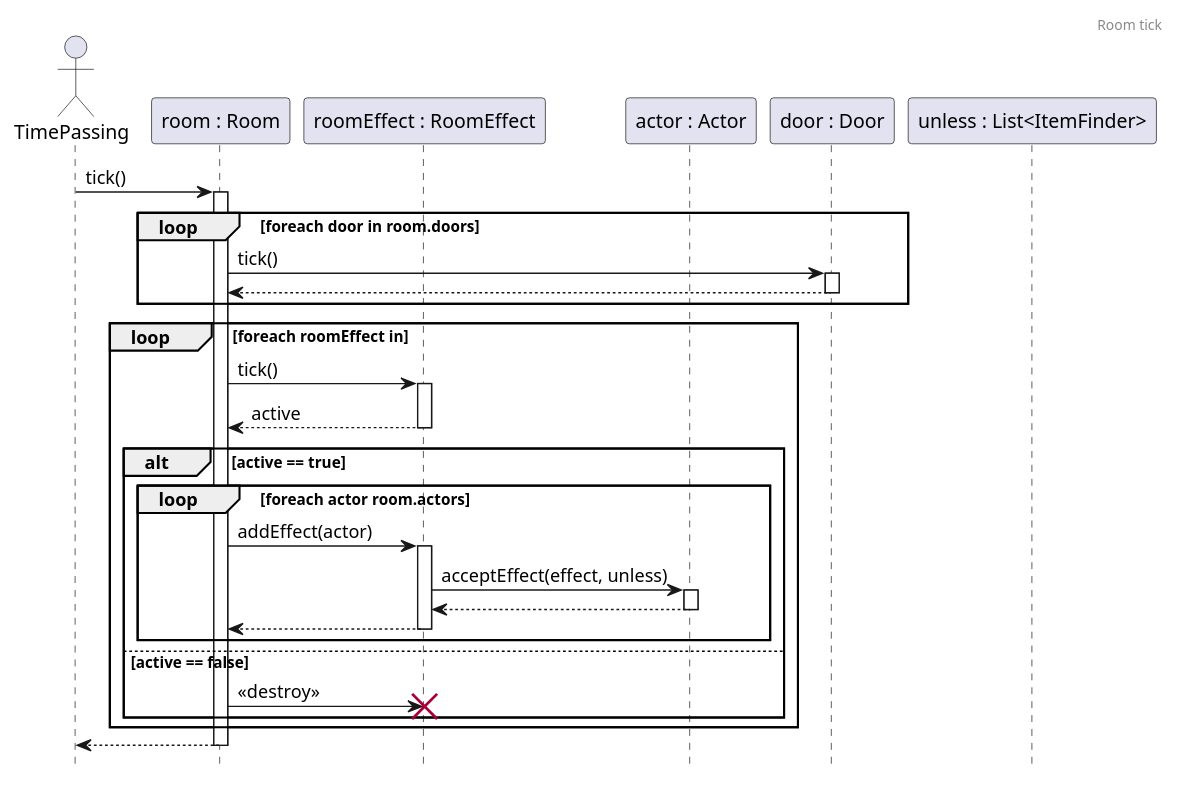
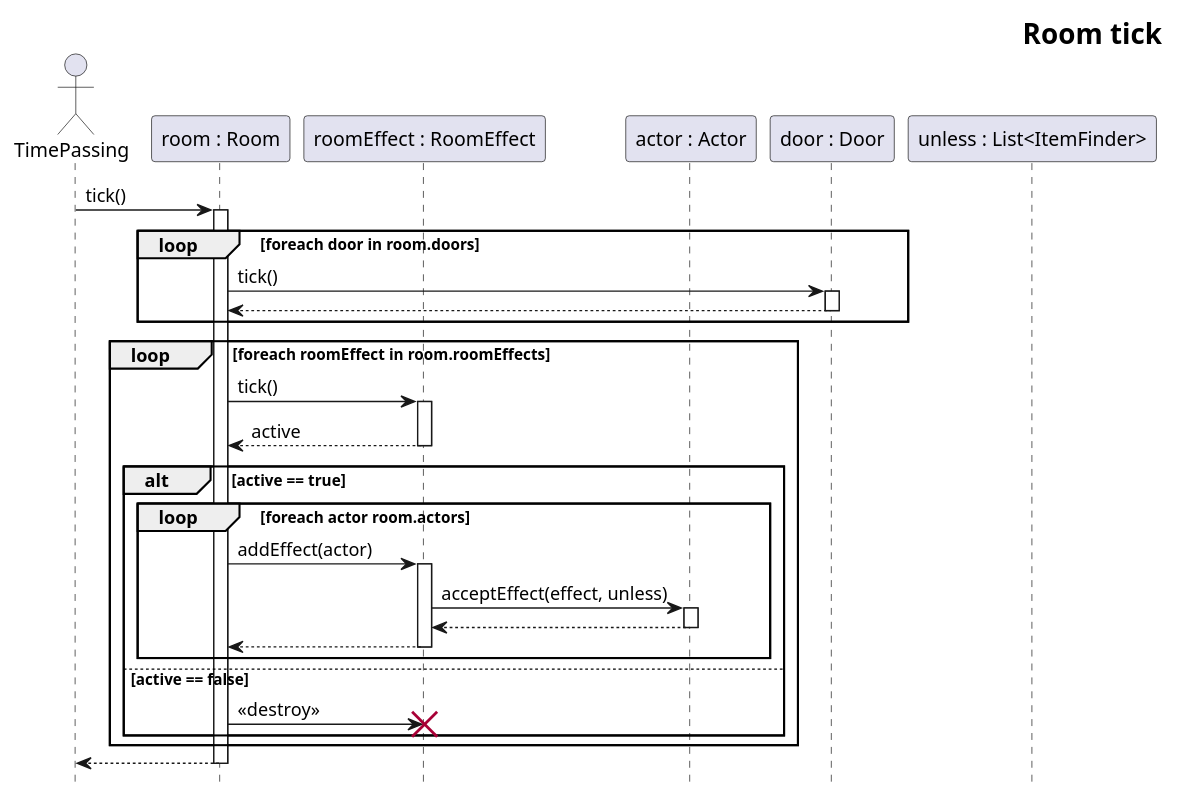
The diagram in docs/sequence/tick/RoomTick.puml (Kristof-me/Logarlec), drawn with PlantUML before and after one commit. The commit also changed 9 other files, not shown here.

```diff
--- a/docs/sequence/tick/RoomTick.puml
+++ b/docs/sequence/tick/RoomTick.puml
@@ -1,40 +1,43 @@
 @startuml RoomTick
+skinparam headerFontSize 20
+skinparam HeaderFontColor #000000
+skinparam HeaderFontStyle bold
 header Room tick
 hide footbox
 
 actor time as "TimePassing"
 participant room as "room : Room"
 participant effect as "roomEffect : RoomEffect"
 participant actor as "actor : Actor"
 participant door as "door : Door"
 
 time -> room ++: tick()
 loop foreach door in room.doors
     room -> door++ : tick()
     return
 end
-loop foreach roomEffect in 
+loop foreach roomEffect in room.roomEffects
     room -> effect ++: tick()
     return active
 
     alt active == true
         loop foreach actor room.actors
             room -> effect ++: addEffect(actor)
 
             effect -> actor ++ : acceptEffect(effect, unless)
             ' ennek így kéne működnie, de nem így kódoltuk le ...
             
             return 
             return
         end
     else active == false
         room -> effect : <<destroy>>
         destroy effect
     end
 end
 
 room --> time
 deactivate room
 
 participant unless as "unless : List<ItemFinder>"
 @enduml
```
